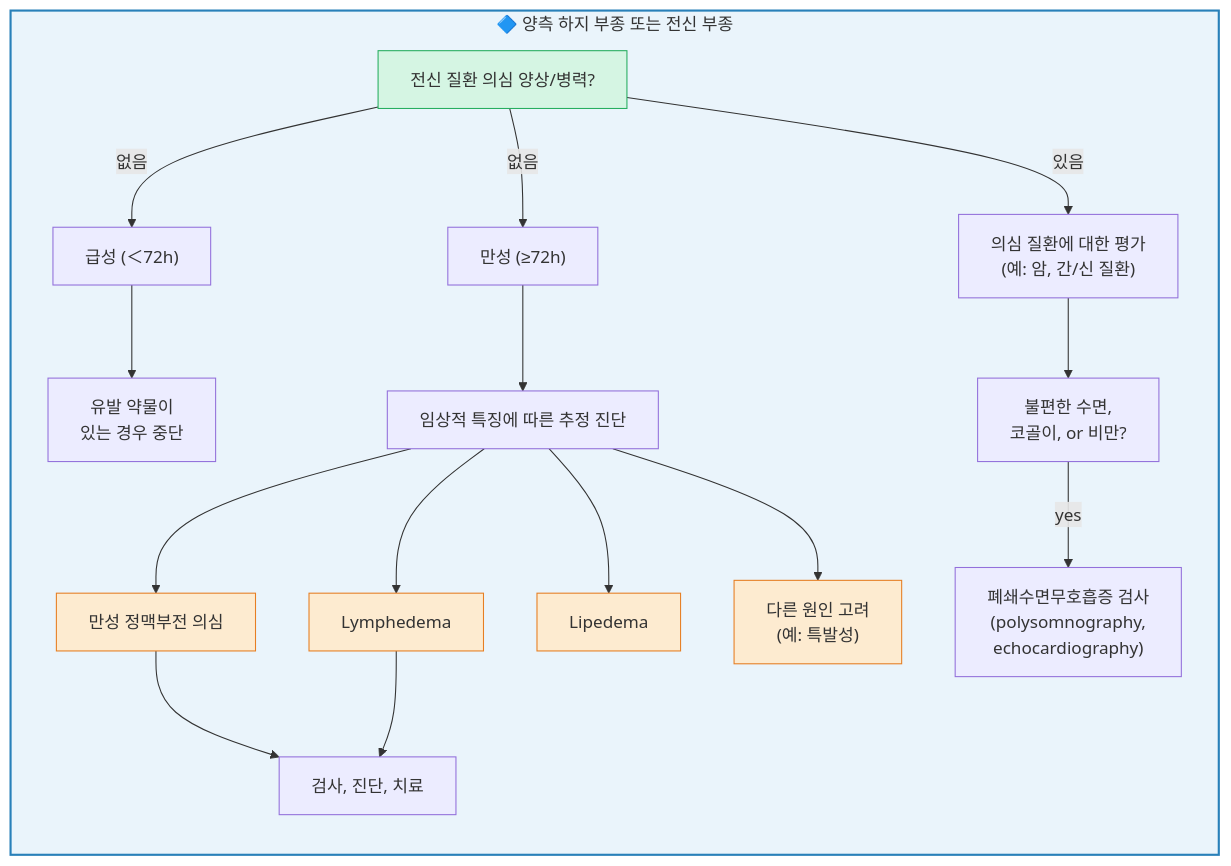
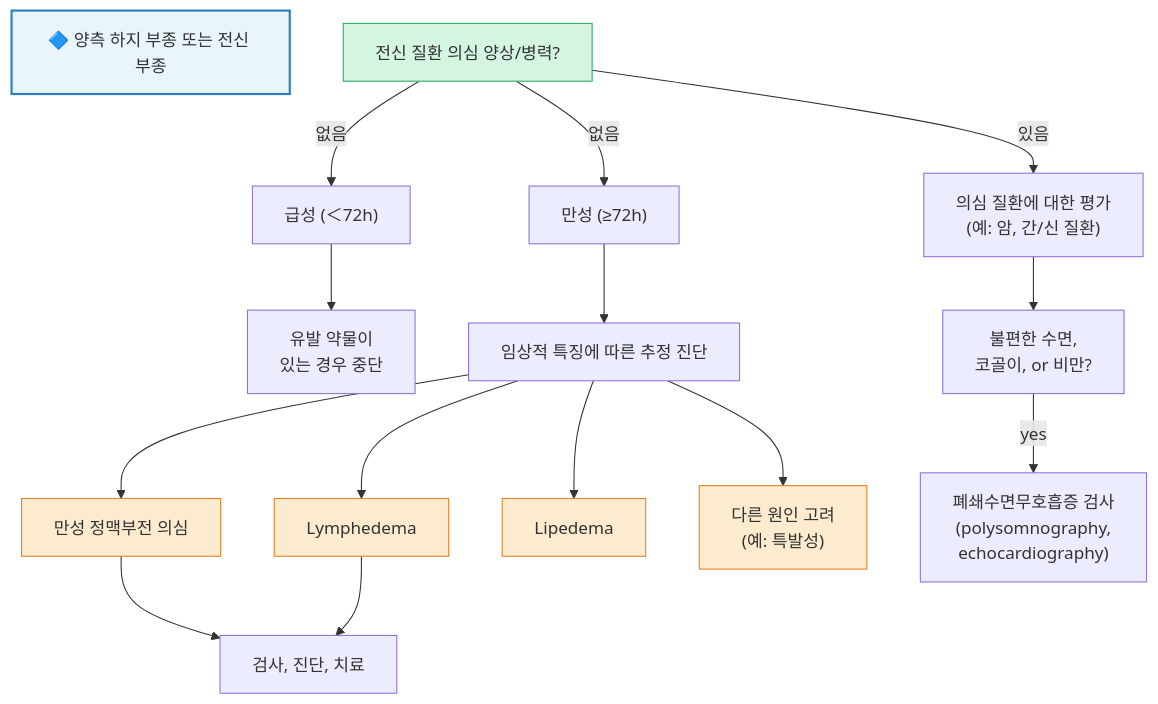
One commit to familyoh77/familyoh77 changed the third of 4 diagrams in 220_/012_-edema.md. Above: the diagram before and after it, drawn with Mermaid. The commit also changed other lines of this file, not shown here.

````diff
--- a/220_/012_-edema.md
+++ b/220_/012_-edema.md
@@ -214,32 +213,32 @@
 ```mermaid
 graph TD
-    subgraph SG3["🔷 양측 하지 부종 또는 전신 부종"]
-        direction TB
+SG3["🔷 양측 하지 부종 또는 전신 부종"]
+
         A3["전신 질환 의심 양상/병력?"]
         A3 -- "없음" --> B3a["급성 (＜72h)"]
         A3 -- "없음" --> B3b["만성 (≥72h)"]
         B3a --> C3a["유발 약물이
 있는 경우 중단"]
         B3b --> C3b["임상적 특징에 따른 추정 진단"]
         C3b --> D3a["만성 정맥부전 의심"]
         C3b --> D3b["Lymphedema"]
         C3b --> D3c["Lipedema"]
         C3b --> D3d["다른 원인 고려
 (예: 특발성)"]
         D3a & D3b --> E3["검사, 진단, 치료"]
         A3 -- "있음" --> B3c["의심 질환에 대한 평가
 (예: 암, 간/신 질환)"]
         B3c --> C3c["불편한 수면,
 코골이, or 비만?"]
         C3c -- "yes" --> D3e["폐쇄수면무호흡증 검사
 (polysomnography,
 echocardiography)"]
-    end
+    
 
     style SG3 fill:#eaf4fb,stroke:#2980b9,stroke-width:2px
     style A3 fill:#d5f5e3,stroke:#27ae60
     style D3a fill:#fdebd0,stroke:#e67e22
     style D3b fill:#fdebd0,stroke:#e67e22
     style D3c fill:#fdebd0,stroke:#e67e22
     style D3d fill:#fdebd0,stroke:#e67e22
 ```
````
